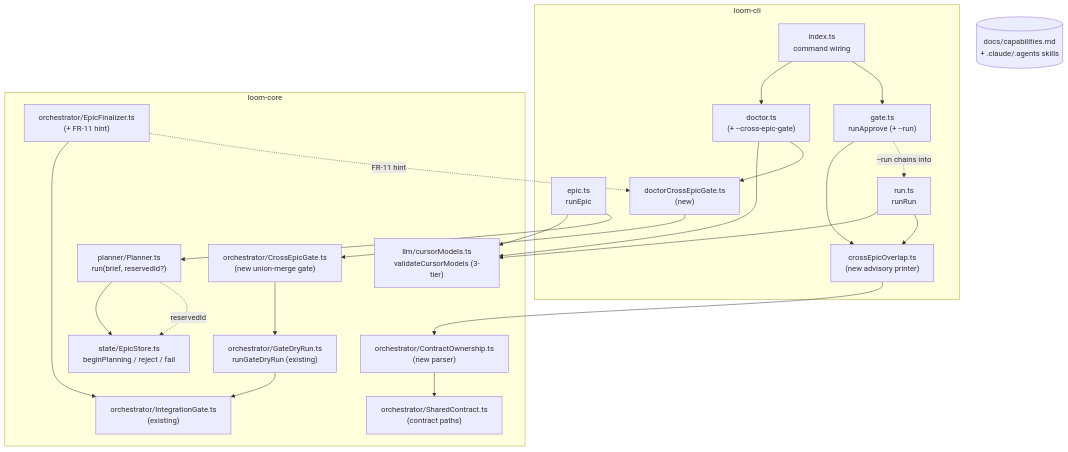
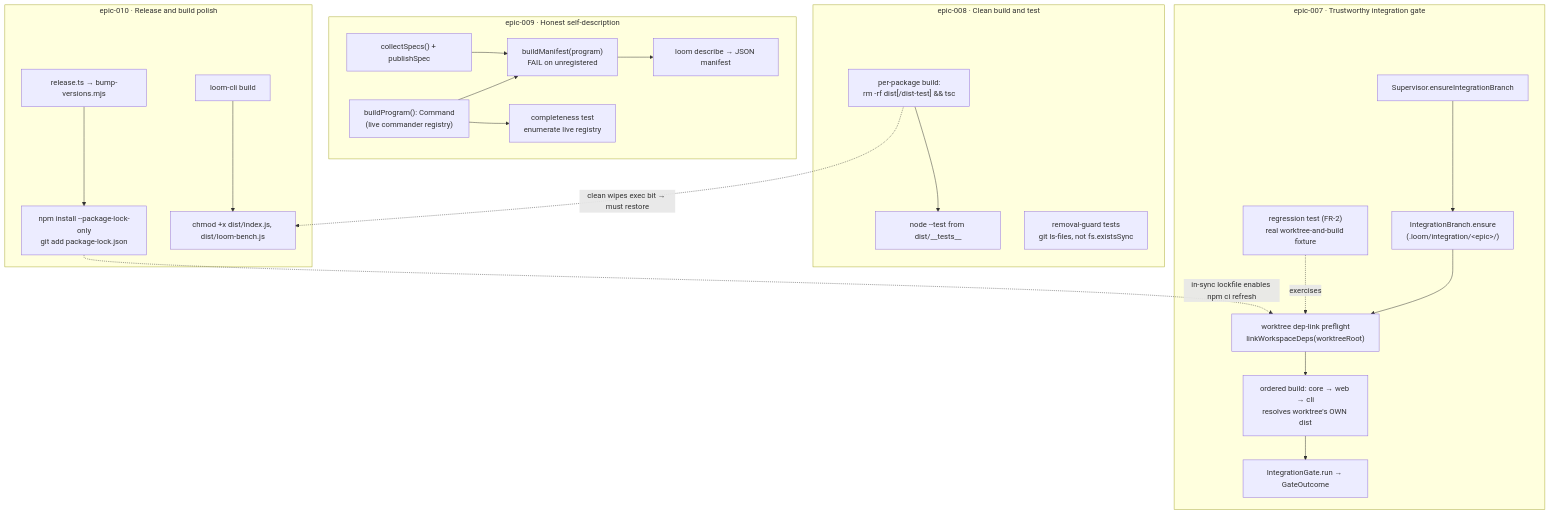
The diagram in .loom_outputs/epic-007/architecture.md (jeromeportega/loom), drawn with Mermaid before and after one commit. The commit also changed other lines of this file and 3 other files, not shown here.

Commit message:
loom: planning artifacts for epic-007

````diff
--- a/.loom_outputs/epic-007/architecture.md
+++ b/.loom_outputs/epic-007/architecture.md
@@ -17,46 +17,30 @@
 ```mermaid
-flowchart TD
-  subgraph CLI["loom-cli"]
-    DOCTOR["doctor.ts<br/>(+ --cross-epic-gate)"]
-    EPIC["epic.ts<br/>runEpic"]
-    RUN["run.ts<br/>runRun"]
-    APPROVE["gate.ts<br/>runApprove (+ --run)"]
-    IDX["index.ts<br/>command wiring"]
-    CEG["doctorCrossEpicGate.ts<br/>(new)"]
-    OVL["crossEpicOverlap.ts<br/>(new advisory printer)"]
+flowchart TB
+  subgraph E7["epic-007 · Trustworthy integration gate"]
+    SUP["Supervisor.ensureIntegrationBranch"] --> IB["IntegrationBranch.ensure<br/>(.loom/integration/&lt;epic&gt;/)"]
+    IB --> PREP["worktree dep-link preflight<br/>linkWorkspaceDeps(worktreeRoot)"]
+    PREP --> BUILD["ordered build: core → web → cli<br/>resolves worktree's OWN dist"]
+    BUILD --> GATE["IntegrationGate.run → GateOutcome"]
+    REG7["regression test (FR-2)<br/>real worktree-and-build fixture"] -. exercises .-> PREP
   end
 
-  subgraph CORE["loom-core"]
-    CM["llm/cursorModels.ts<br/>validateCursorModels (3-tier)"]
-    PL["planner/Planner.ts<br/>run(brief, reservedId?)"]
-    ES["state/EpicStore.ts<br/>beginPlanning / reject / fail"]
-    CP["orchestrator/ContractOwnership.ts<br/>(new parser)"]
-    CXG["orchestrator/CrossEpicGate.ts<br/>(new union-merge gate)"]
-    GDR["orchestrator/GateDryRun.ts<br/>runGateDryRun (existing)"]
-    IG["orchestrator/IntegrationGate.ts<br/>(existing)"]
-    EF["orchestrator/EpicFinalizer.ts<br/>(+ FR-11 hint)"]
-    SC["orchestrator/SharedContract.ts<br/>(contract paths)"]
+  subgraph E8["epic-008 · Clean build and test"]
+    RBUILD["per-package build:<br/>rm -rf dist[/dist-test] && tsc"] --> RUN["node --test from dist/__tests__"]
+    GUARD["removal-guard tests<br/>git ls-files, not fs.existsSync"]
   end
 
-  DOCS[("docs/capabilities.md<br/>+ .claude/.agents skills")]
+  subgraph E9["epic-009 · Honest self-description"]
+    FACT["buildProgram(): Command<br/>(live commander registry)"] --> MAN["buildManifest(program)<br/>FAIL on unregistered"]
+    SPECS["collectSpecs() + publishSpec"] --> MAN
+    FACT --> COMP["completeness test<br/>enumerate live registry"]
+    MAN --> DESC["loom describe → JSON manifest"]
+  end
 
-  EPIC --> CM
-  RUN --> CM
-  DOCTOR --> CM
-  EPIC --> PL
-  PL --> ES
-  PL -. "reservedId" .-> ES
-  APPROVE --> OVL
-  RUN --> OVL
-  OVL --> CP
-  CP --> SC
-  DOCTOR --> CEG
-  CEG --> CXG
-  CXG --> GDR
-  GDR --> IG
-  EF --> IG
-  APPROVE -. "--run chains into" .-> RUN
-  IDX --> DOCTOR
-  IDX --> APPROVE
-  EF -. "FR-11 hint" .-> CEG
+  subgraph E10["epic-010 · Release and build polish"]
+    REL["release.ts → bump-versions.mjs"] --> LOCK["npm install --package-lock-only<br/>git add package-lock.json"]
+    CLIB["loom-cli build"] --> CHMOD["chmod +x dist/index.js, dist/loom-bench.js"]
+  end
+
+  LOCK -. "in-sync lockfile enables npm ci refresh" .-> PREP
+  RBUILD -. "clean wipes exec bit → must restore" .-> CHMOD
 ```
````
